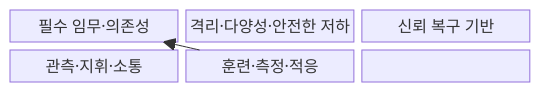
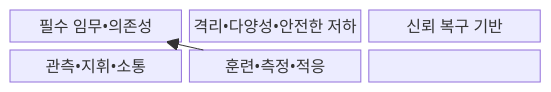
The first of 2 diagrams in src/content/docs/notes/05-security/119_cyber_resilience.md (agnusdei1207/knowledge-base), drawn with Mermaid before and after one commit. The commit also changed other lines of this file and 953 other files, not shown here.

````diff
--- a/src/content/docs/notes/05-security/119_cyber_resilience.md
+++ b/src/content/docs/notes/05-security/119_cyber_resilience.md
@@ -64,12 +64,12 @@
 ```mermaid
 block
   columns 3
-  M["필수 임무·의존성"]
-  W["격리·다양성·안전한 저하"]
+  M["필수 임무•의존성"]
+  W["격리•다양성•안전한 저하"]
   R["신뢰 복구 기반"]
-  C["관측·지휘·소통"]
-  T["훈련·측정·적응"]
+  C["관측•지휘•소통"]
+  T["훈련•측정•적응"]
   M --> W --> R
   R --> C --> T
   T --> M
 ```
````
